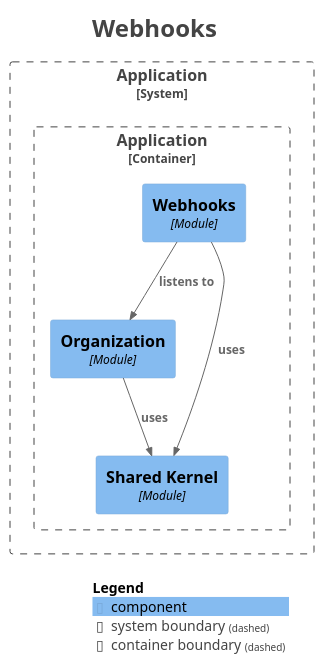
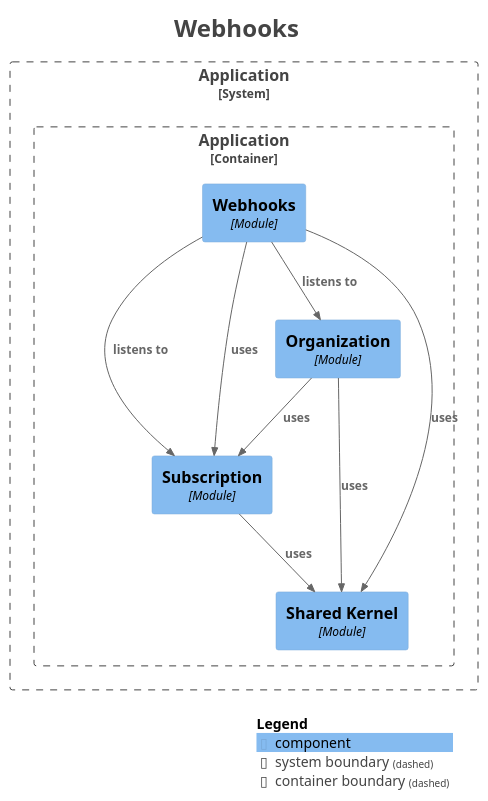
One commit to Paul-Ayesiga/enterprise-modulith-template changed the diagram in docs/modulith/module-webhooks.puml. Above: the diagram before and after it, drawn with PlantUML. The commit also changed 106 other files, not shown here.

```diff
--- a/docs/modulith/module-webhooks.puml
+++ b/docs/modulith/module-webhooks.puml
@@ -1,33 +1,38 @@
 @startuml
 title <size:24>Webhooks</size>
 
 set separator none
 top to bottom direction
 
 <style>
   root {
     BackgroundColor: #ffffff
     FontColor: #444444
   }
 </style>
 
 !include <C4/C4>
 !include <C4/C4_Context>
 !include <C4/C4_Component>
 
 System_Boundary("Application_boundary", "Application", $tags="") {
   Container_Boundary("Application.Application_boundary", "Application", $tags="") {
+    Component(Application.Application.Subscription, "Subscription", $techn="Module", $descr="", $tags="", $link="")
     Component(Application.Application.Organization, "Organization", $techn="Module", $descr="", $tags="", $link="")
     Component(Application.Application.Webhooks, "Webhooks", $techn="Module", $descr="", $tags="", $link="")
     Component(Application.Application.SharedKernel, "Shared Kernel", $techn="Module", $descr="", $tags="", $link="")
   }
 
 }
 
+Rel(Application.Application.Organization, Application.Application.SharedKernel, "uses", $techn="", $tags="", $link="")
+Rel(Application.Application.Organization, Application.Application.Subscription, "uses", $techn="", $tags="", $link="")
 Rel(Application.Application.Webhooks, Application.Application.Organization, "listens to", $techn="", $tags="", $link="")
+Rel(Application.Application.Webhooks, Application.Application.Subscription, "listens to", $techn="", $tags="", $link="")
 Rel(Application.Application.Webhooks, Application.Application.SharedKernel, "uses", $techn="", $tags="", $link="")
-Rel(Application.Application.Organization, Application.Application.SharedKernel, "uses", $techn="", $tags="", $link="")
+Rel(Application.Application.Webhooks, Application.Application.Subscription, "uses", $techn="", $tags="", $link="")
+Rel(Application.Application.Subscription, Application.Application.SharedKernel, "uses", $techn="", $tags="", $link="")
 
 SHOW_LEGEND(true)
 hide stereotypes
 @enduml
```
